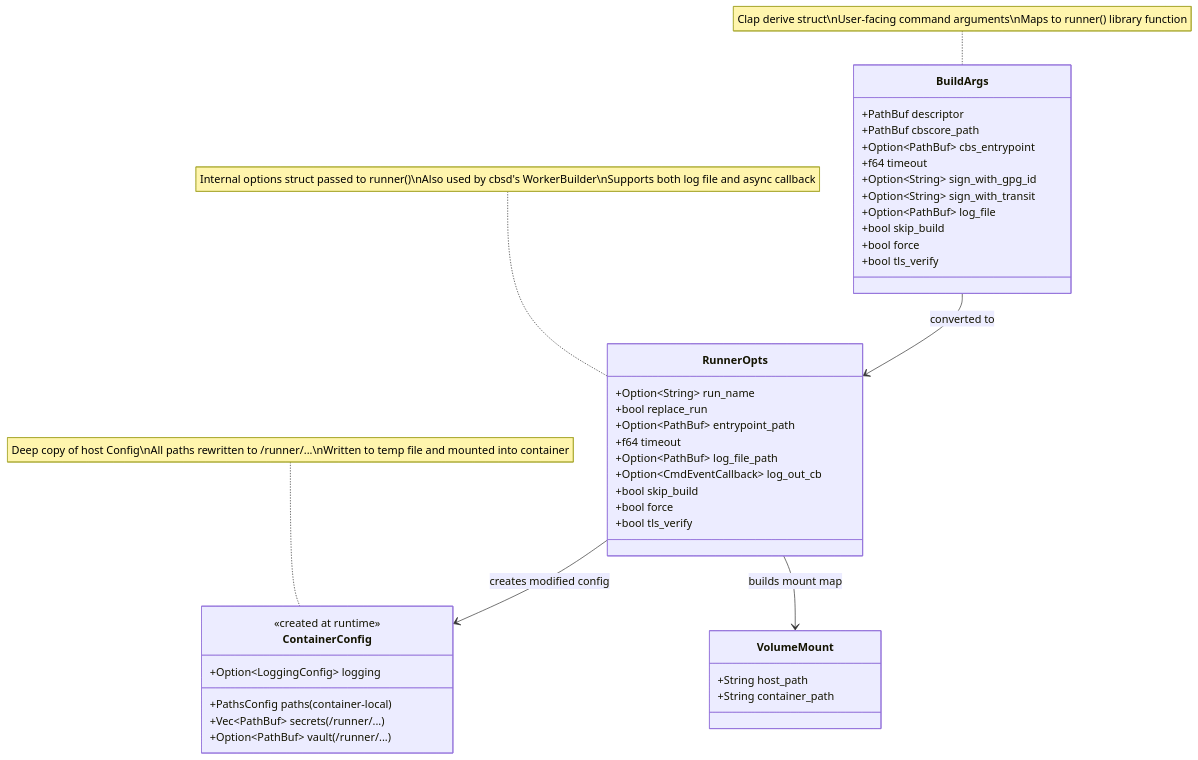
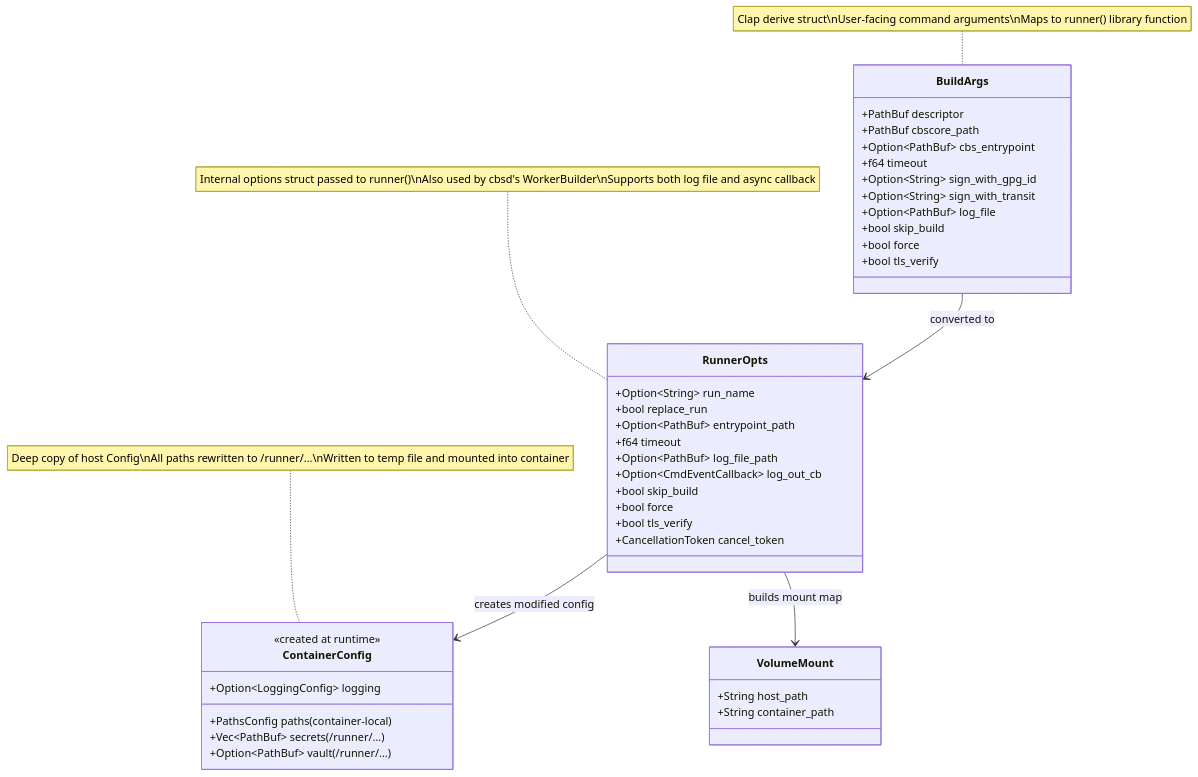
The second of 2 diagrams in _docs/plans/subcmd-build.md (UweSchwaeke/cbs), drawn with Mermaid before and after one commit. The commit also changed other lines of this file, not shown here.

First line of the commit message:
cbscore-rs: add cancel_token to RunnerOpts struct

````diff
--- a/_docs/plans/subcmd-build.md
+++ b/_docs/plans/subcmd-build.md
@@ -167,50 +167,51 @@
 ```mermaid
 classDiagram
     direction TB
 
     class BuildArgs {
         +PathBuf descriptor
         +PathBuf cbscore_path
         +Option~PathBuf~ cbs_entrypoint
         +f64 timeout
         +Option~String~ sign_with_gpg_id
         +Option~String~ sign_with_transit
         +Option~PathBuf~ log_file
         +bool skip_build
         +bool force
         +bool tls_verify
     }
 
     class RunnerOpts {
         +Option~String~ run_name
         +bool replace_run
         +Option~PathBuf~ entrypoint_path
         +f64 timeout
         +Option~PathBuf~ log_file_path
         +Option~CmdEventCallback~ log_out_cb
         +bool skip_build
         +bool force
         +bool tls_verify
+        +CancellationToken cancel_token
     }
 
     class ContainerConfig {
         <<created at runtime>>
         +PathsConfig paths (container-local)
         +Vec~PathBuf~ secrets (/runner/...)
         +Option~PathBuf~ vault (/runner/...)
         +Option~LoggingConfig~ logging
     }
 
     class VolumeMount {
         +String host_path
         +String container_path
     }
 
     BuildArgs --> RunnerOpts : converted to
     RunnerOpts --> ContainerConfig : creates modified config
     RunnerOpts --> VolumeMount : builds mount map
 
     note for BuildArgs "Clap derive struct\nUser-facing command arguments\nMaps to runner() library function"
     note for RunnerOpts "Internal options struct passed to runner()\nAlso used by cbsd's WorkerBuilder\nSupports both log file and async callback"
     note for ContainerConfig "Deep copy of host Config\nAll paths rewritten to /runner/...\nWritten to temp file and mounted into container"
 ```
````
